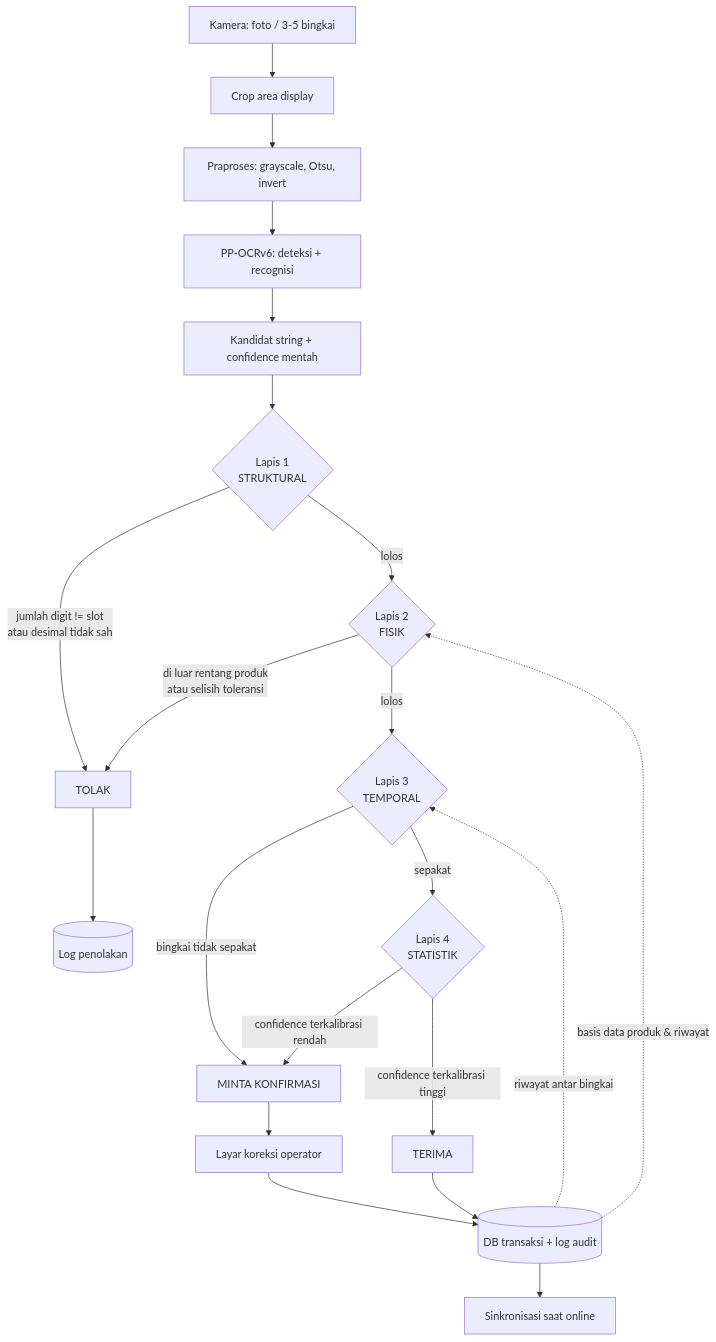
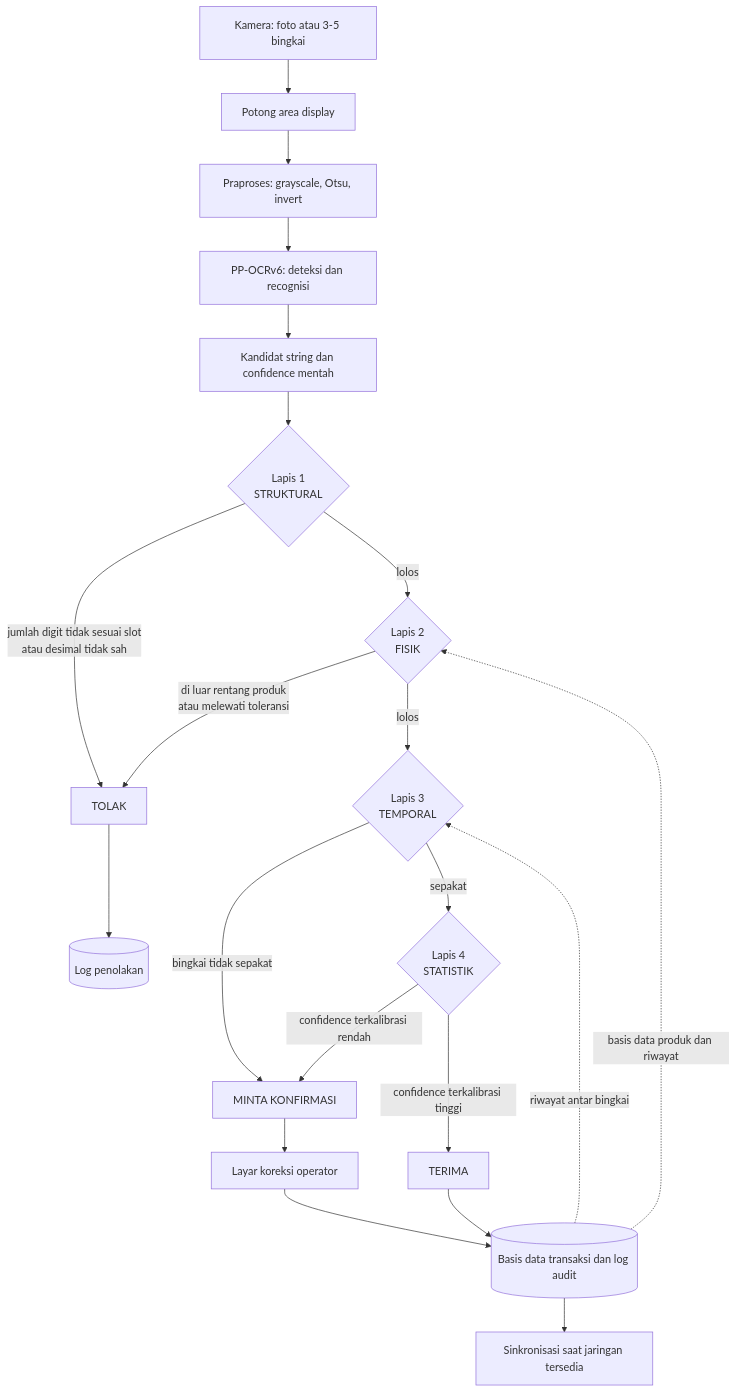
One commit to hilmaamaliaputri/skripsi-ppocr changed the diagram in docs/laporan/draft-laporan-01.md. Above: the diagram before and after it, drawn with Mermaid. The commit also changed other lines of this file and 4 other files, not shown here.

````diff
--- a/docs/laporan/draft-laporan-01.md
+++ b/docs/laporan/draft-laporan-01.md
@@ -146,29 +145,29 @@
 ```mermaid
 flowchart TD
-    A[Kamera: foto / 3-5 bingkai] --> B[Crop area display]
+    A[Kamera: foto atau 3-5 bingkai] --> B[Potong area display]
     B --> C[Praproses: grayscale, Otsu, invert]
-    C --> D[PP-OCRv6: deteksi + recognisi]
-    D --> E[Kandidat string + confidence mentah]
+    C --> D[PP-OCRv6: deteksi dan recognisi]
+    D --> E[Kandidat string dan confidence mentah]
 
     E --> F{Lapis 1<br/>STRUKTURAL}
-    F -->|jumlah digit != slot<br/>atau desimal tidak sah| X[TOLAK]
+    F -->|jumlah digit tidak sesuai slot<br/>atau desimal tidak sah| X[TOLAK]
     F -->|lolos| G{Lapis 2<br/>FISIK}
 
-    G -->|di luar rentang produk<br/>atau selisih toleransi| X
+    G -->|di luar rentang produk<br/>atau melewati toleransi| X
     G -->|lolos| H{Lapis 3<br/>TEMPORAL}
 
     H -->|bingkai tidak sepakat| Y[MINTA KONFIRMASI]
     H -->|sepakat| I{Lapis 4<br/>STATISTIK}
 
     I -->|confidence terkalibrasi rendah| Y
     I -->|confidence terkalibrasi tinggi| J[TERIMA]
 
-    J --> K[(DB transaksi + log audit)]
+    J --> K[(Basis data transaksi dan log audit)]
     Y --> L[Layar koreksi operator]
     L --> K
     X --> M[(Log penolakan)]
-    K --> N[Sinkronisasi saat online]
+    K --> N[Sinkronisasi saat jaringan tersedia]
 
-    K -.basis data produk & riwayat.-> G
+    K -.basis data produk dan riwayat.-> G
     K -.riwayat antar bingkai.-> H
 ```
````
